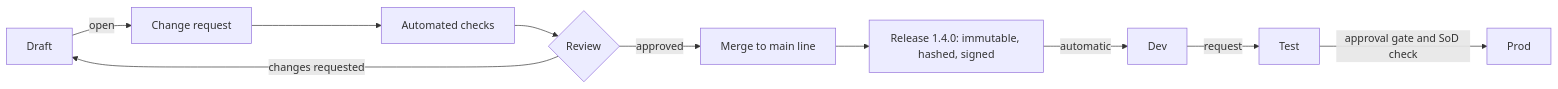
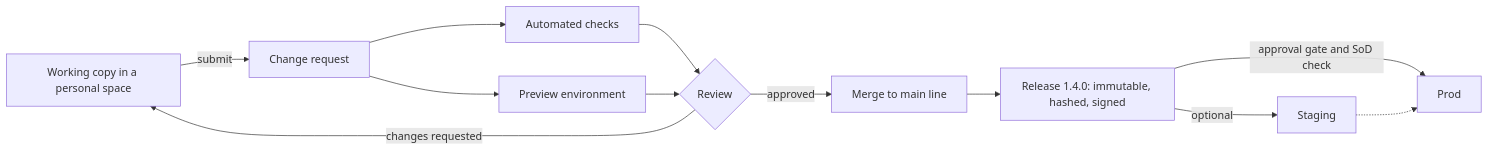
One commit to sreent/joget changed the second of 4 diagrams in docs/02-platform-design.md. Above: the diagram before and after it, drawn with Mermaid. The commit also changed other lines of this file and 1 other file, not shown here.

First line of the commit message:
docs: personal spaces as dev, cloud/IdP-agnostic, Kubernetes layout

````diff
--- a/docs/02-platform-design.md
+++ b/docs/02-platform-design.md
@@ -423,12 +434,14 @@
 ```mermaid
 flowchart LR
-  D[Draft] -->|open| CR[Change request]
+  W[Working copy in a personal space] -->|submit| CR[Change request]
   CR --> CHK[Automated checks]
+  CR --> PRV[Preview environment]
   CHK --> REV{Review}
-  REV -- changes requested --> D
+  PRV --> REV
+  REV -- changes requested --> W
   REV -- approved --> M[Merge to main line]
   M --> R[Release 1.4.0: immutable, hashed, signed]
-  R -->|automatic| DEV[Dev]
-  DEV -->|request| TEST[Test]
-  TEST -->|approval gate and SoD check| PROD[Prod]
+  R -->|optional| STG[Staging]
+  R -->|approval gate and SoD check| PROD[Prod]
+  STG -.-> PROD
 ```
````
